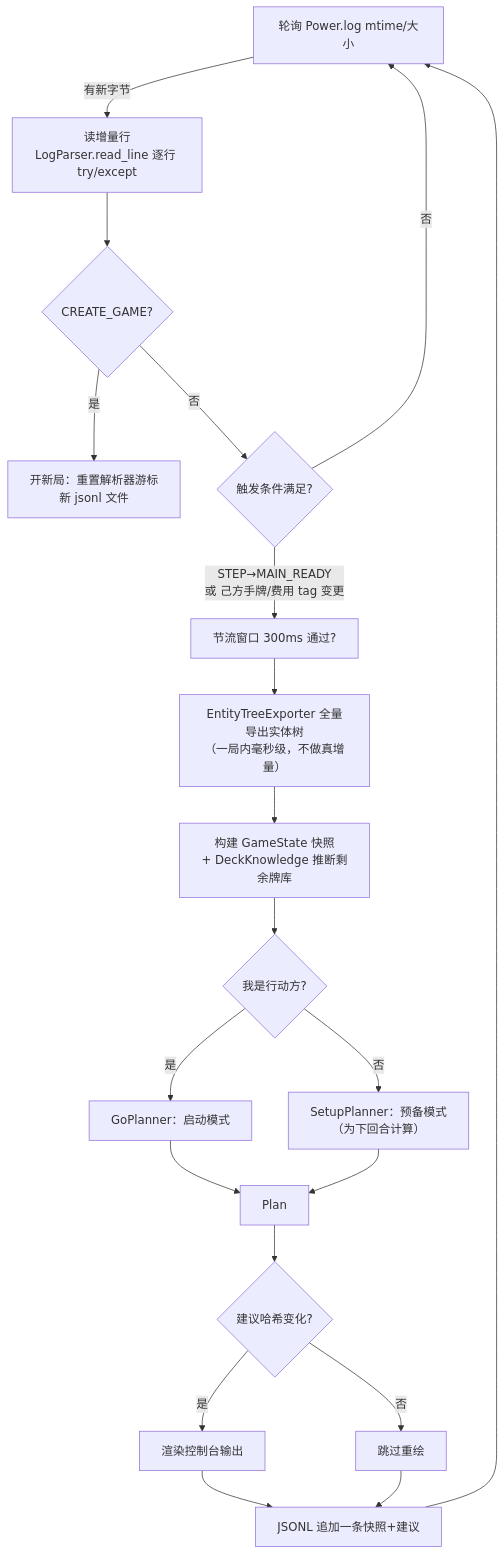
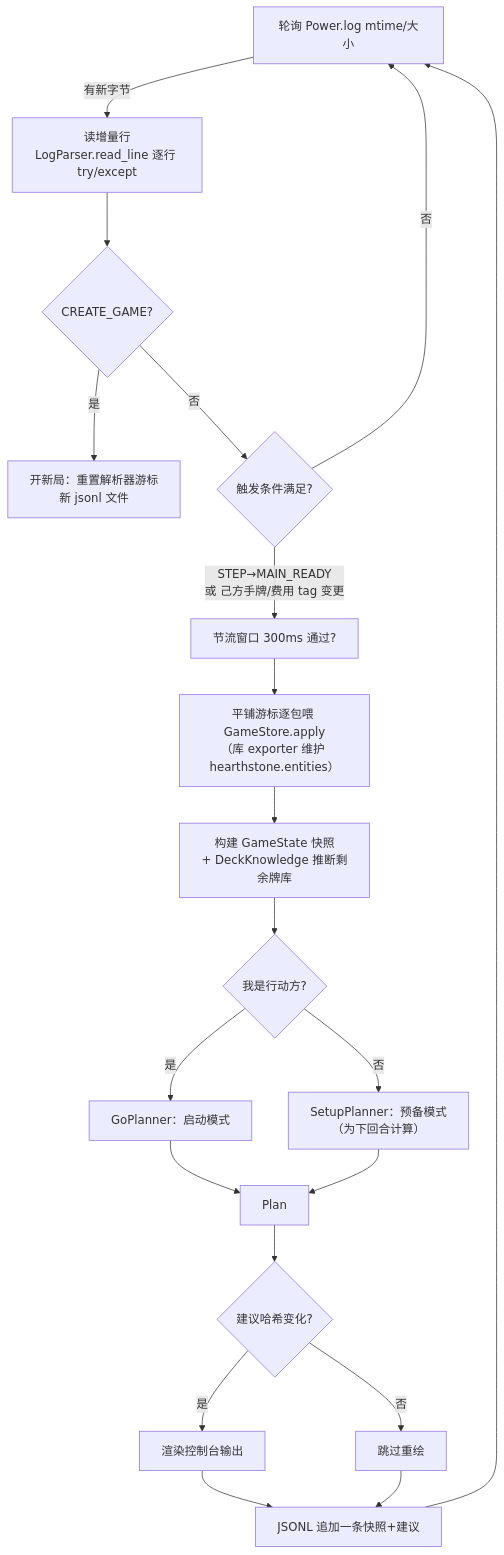
The third of 4 diagrams in docs/DESIGN.md (AssassinQuin/hs_game_bot), drawn with Mermaid before and after one commit. The commit also changed other lines of this file and 2 other files, not shown here.

Commit message:
docs: 同步 GameStore 重构——DESIGN/M1_MONITOR 铁律与状态层修订, spec 入口细化回写

````diff
--- a/docs/DESIGN.md
+++ b/docs/DESIGN.md
@@ -218,22 +226,22 @@
 ```mermaid
 flowchart TD
     T0[轮询 Power.log mtime/大小] -- 有新字节 --> T1[读增量行<br/>LogParser.read_line 逐行 try/except]
     T1 --> T2{CREATE_GAME?}
     T2 -- 是 --> T3[开新局：重置解析器游标<br/>新 jsonl 文件]
     T2 -- 否 --> T4{触发条件满足?}
     T4 -- "STEP→MAIN_READY<br/>或 己方手牌/费用 tag 变更" --> T5[节流窗口 300ms 通过?]
     T4 -- 否 --> T0
-    T5 --> T6[EntityTreeExporter 全量导出实体树<br/>（一局内毫秒级，不做真增量）]
+    T5 --> T6[平铺游标逐包喂 GameStore.apply<br/>（库 exporter 维护 hearthstone.entities）]
     T6 --> T7[构建 GameState 快照<br/>+ DeckKnowledge 推断剩余牌库]
     T7 --> T8{我是行动方?}
     T8 -- 是 --> T9[GoPlanner：启动模式]
     T8 -- 否 --> T10[SetupPlanner：预备模式<br/>（为下回合计算）]
     T9 --> T11[Plan]
     T10 --> T11
     T11 --> T12{建议哈希变化?}
     T12 -- 是 --> T13[渲染控制台输出]
     T12 -- 否 --> T14[跳过重绘]
     T13 --> T15[JSONL 追加一条快照+建议]
     T14 --> T15
     T15 --> T0
 ```
````
